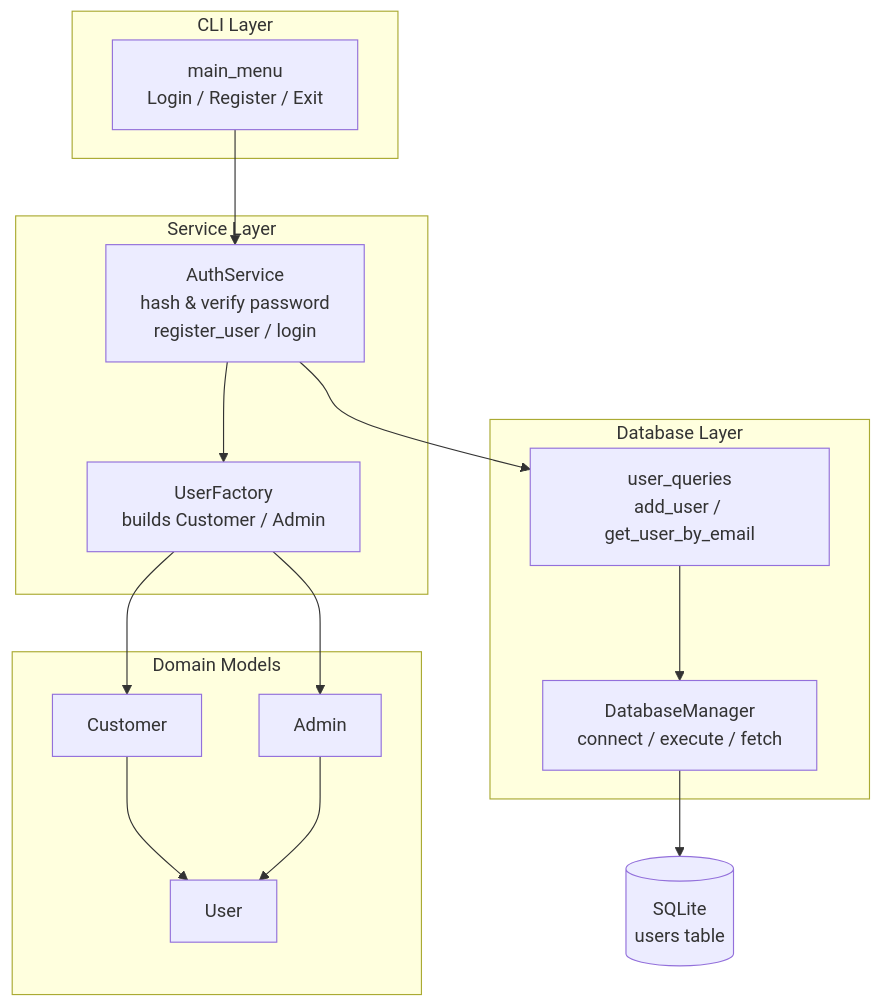
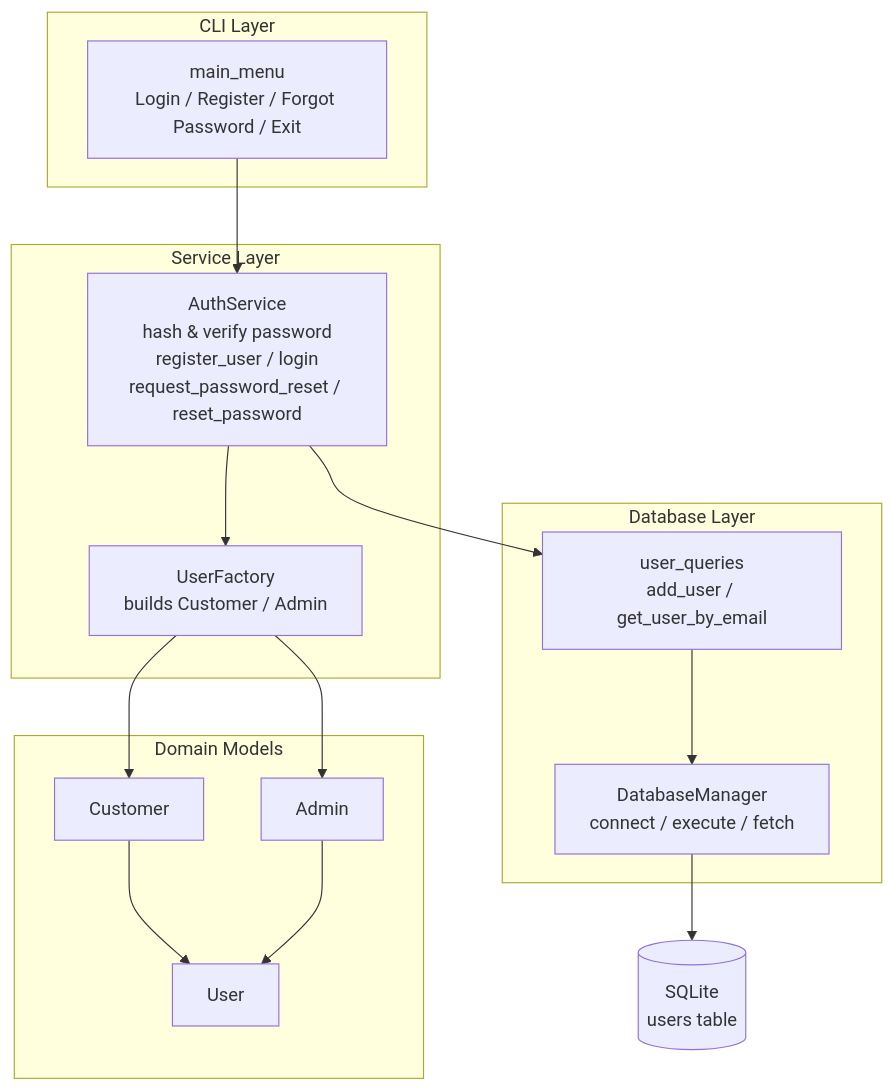
The first of 8 diagrams in W10/Ako-puku_Login_Demo/README.md (eirikrbe/MSE800-PSD), drawn with Mermaid before and after one commit. The commit also changed other lines of this file and 4 other files, not shown here.

Commit message:
Forgot Password functionality added

````diff
--- a/W10/Ako-puku_Login_Demo/README.md
+++ b/W10/Ako-puku_Login_Demo/README.md
@@ -12,34 +12,34 @@
 ```mermaid
 graph TB
     subgraph CLI["CLI Layer"]
-        Menu[main_menu<br/>Login / Register / Exit]
+        Menu[main_menu<br/>Login / Register / Forgot Password / Exit]
     end
 
     subgraph Svc["Service Layer"]
-        Auth[AuthService<br/>hash & verify password<br/>register_user / login]
+        Auth[AuthService<br/>hash & verify password<br/>register_user / login<br/>request_password_reset / reset_password]
         Factory[UserFactory<br/>builds Customer / Admin]
     end
 
     subgraph Models["Domain Models"]
         User[User]
         Customer[Customer]
         Admin[Admin]
     end
 
     subgraph DB["Database Layer"]
         Manager[DatabaseManager<br/>connect / execute / fetch]
         Queries[user_queries<br/>add_user / get_user_by_email]
     end
 
     Store[(SQLite<br/>users table)]
 
     Menu --> Auth
     Auth --> Factory
     Factory --> Customer
     Factory --> Admin
     Customer --> User
     Admin --> User
     Auth --> Queries
     Queries --> Manager
     Manager --> Store
 ```
````
